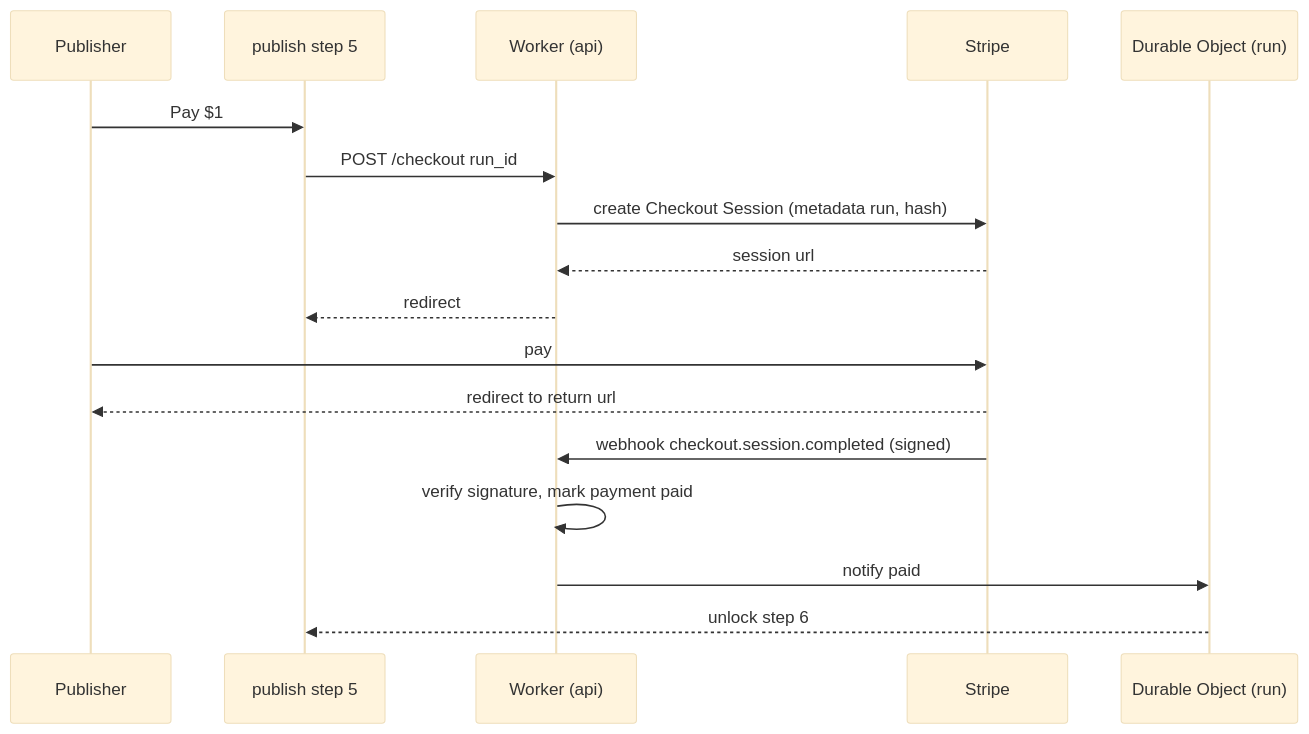
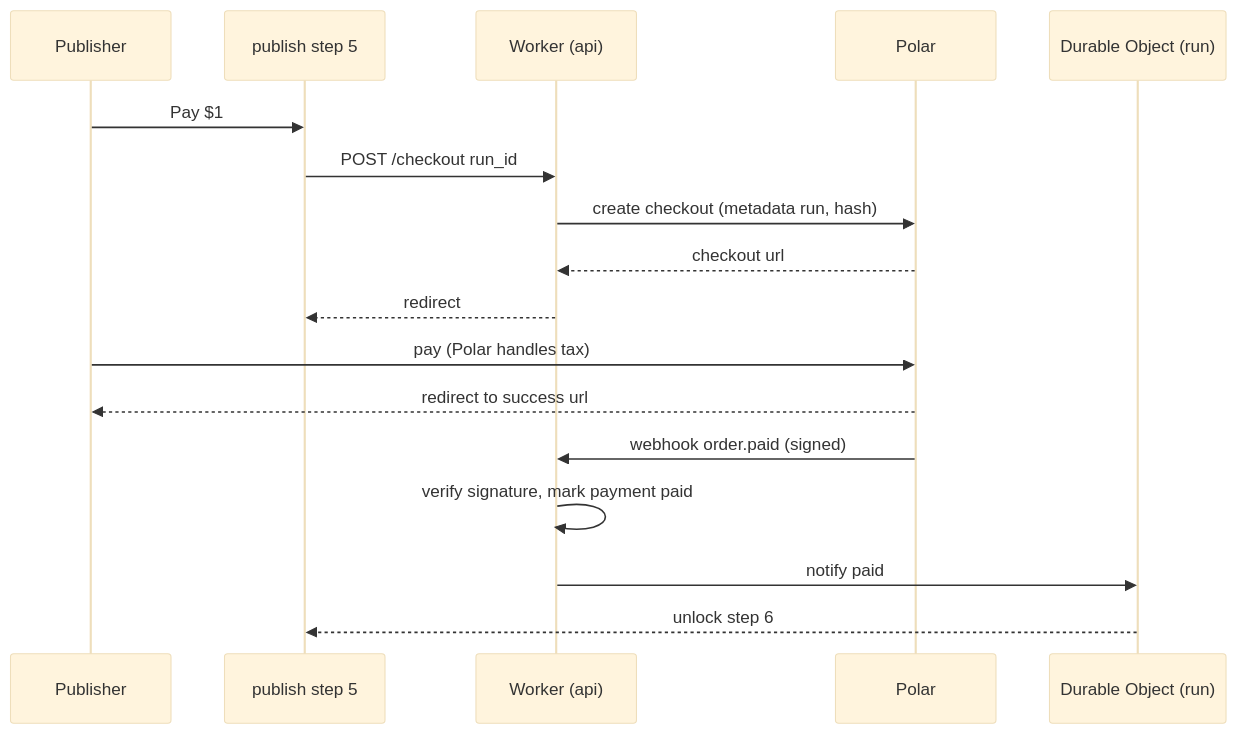
The eighth of 13 diagrams in docs/ui/flows.md (Claudinite/PackServer), drawn with Mermaid (base theme) before and after one commit. The commit also changed other lines of this file and 3 other files, not shown here.

````diff
--- a/docs/ui/flows.md
+++ b/docs/ui/flows.md
@@ -346,19 +348,19 @@
 ```mermaid
 sequenceDiagram
   participant Pu as Publisher
   participant Wz as publish step 5
   participant W as Worker (api)
-  participant St as Stripe
+  participant Po as Polar
   participant DO as Durable Object (run)
   Pu->>Wz: Pay $1
   Wz->>W: POST /checkout run_id
-  W->>St: create Checkout Session (metadata run, hash)
-  St-->>W: session url
+  W->>Po: create checkout (metadata run, hash)
+  Po-->>W: checkout url
   W-->>Wz: redirect
-  Pu->>St: pay
-  St-->>Pu: redirect to return url
-  St->>W: webhook checkout.session.completed (signed)
+  Pu->>Po: pay (Polar handles tax)
+  Po-->>Pu: redirect to success url
+  Po->>W: webhook order.paid (signed)
   W->>W: verify signature, mark payment paid
   W->>DO: notify paid
   DO-->>Wz: unlock step 6
 ```
````
